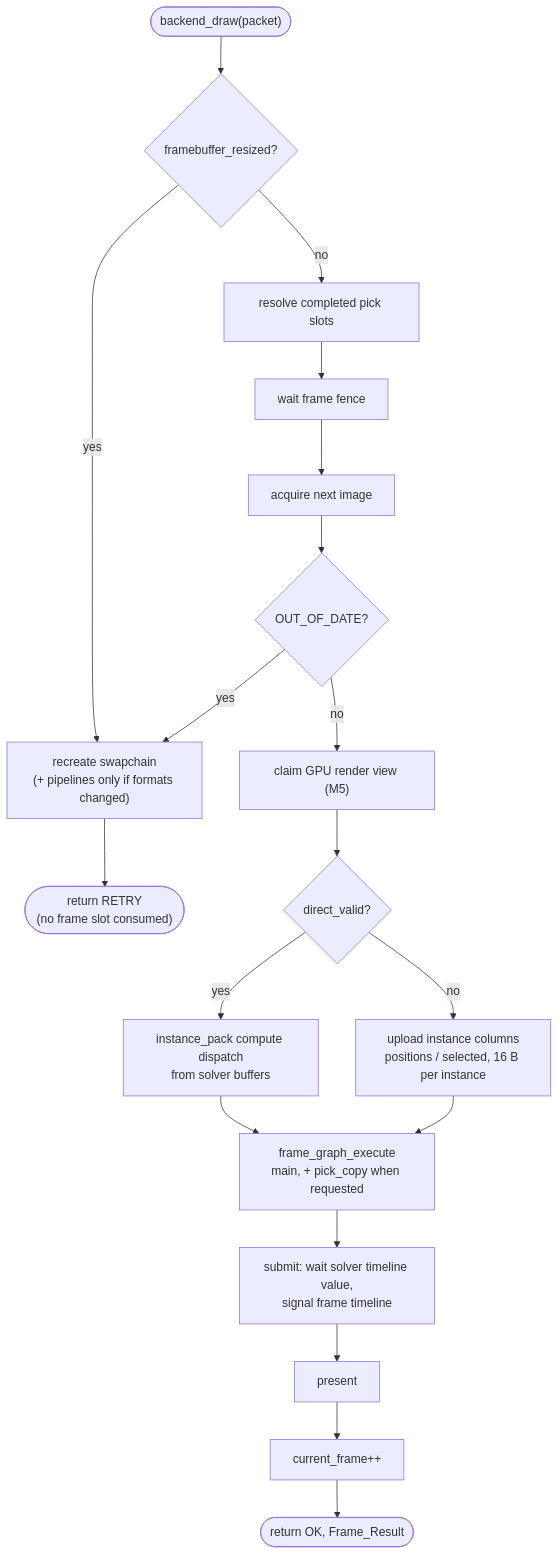
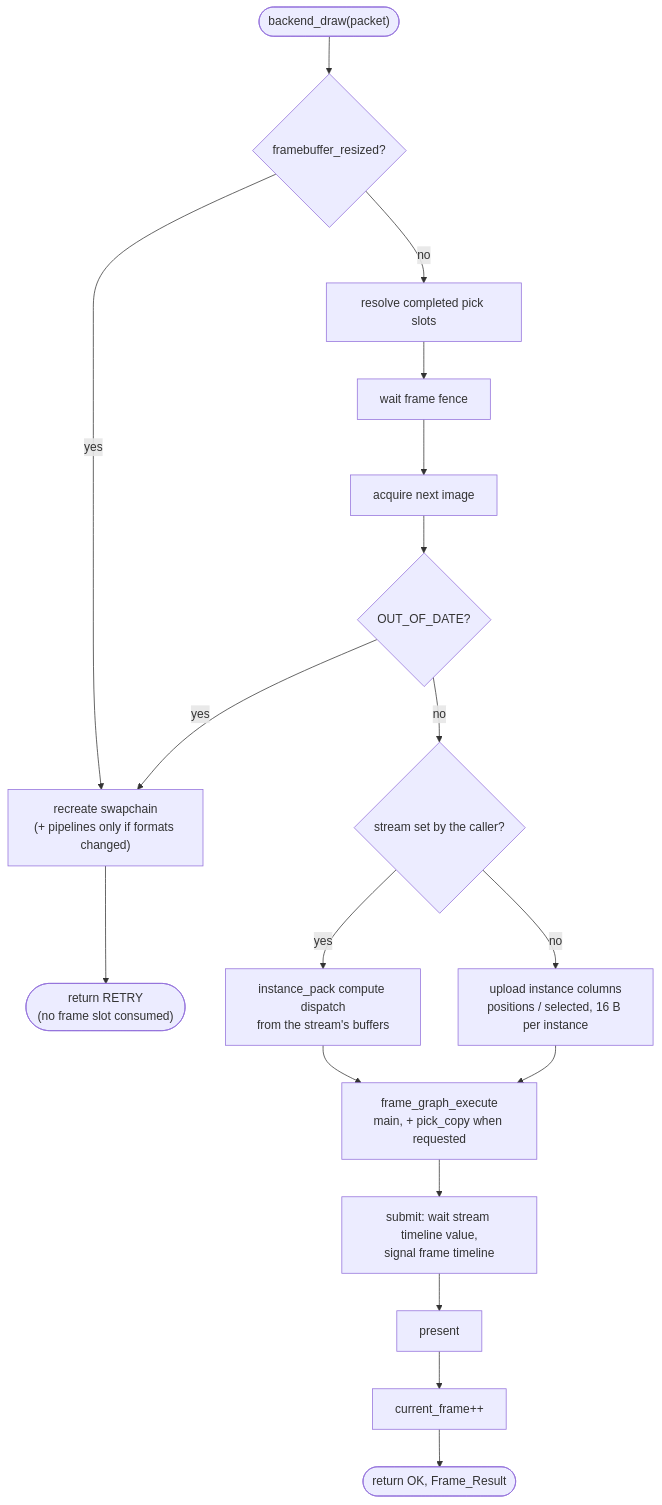
Before and after one commit to TanukiConDos/Gravity-Simulator: the third of 5 diagrams in docs/renderer.md, drawn with Mermaid. The commit also changed other lines of this file and 7 other files, not shown here.

First line of the commit message:
docs: four-package graphics split and the ECS-free backend rule

````diff
--- a/docs/renderer.md
+++ b/docs/renderer.md
@@ -234,21 +277,20 @@
 ```mermaid
 flowchart TD
     draw(["backend_draw(packet)"]) --> resize{"framebuffer_resized?"}
     resize -->|"yes"| recreate["recreate swapchain<br/>(+ pipelines only if formats changed)"]
     recreate --> retry(["return RETRY<br/>(no frame slot consumed)"])
     resize -->|"no"| ready["resolve completed pick slots"]
     ready --> wait["wait frame fence"] --> acquire["acquire next image"]
     acquire --> outofdate{"OUT_OF_DATE?"}
     outofdate -->|"yes"| recreate
-    outofdate -->|"no"| claim["claim GPU render view (M5)"]
+    outofdate -->|"no"| direct{"stream set by the caller?"}
 
-    claim --> direct{"direct_valid?"}
-    direct -->|"yes"| pack["instance_pack compute dispatch<br/>from solver buffers"]
+    direct -->|"yes"| pack["instance_pack compute dispatch<br/>from the stream's buffers"]
     direct -->|"no"| upload["upload instance columns<br/>positions / selected, 16 B per instance"]
     pack --> fg
     upload --> fg["frame_graph_execute<br/>main, + pick_copy when requested"]
-    fg --> submit["submit: wait solver timeline value,<br/>signal frame timeline"]
+    fg --> submit["submit: wait stream timeline value,<br/>signal frame timeline"]
     submit --> present["present"]
     present --> next["current_frame++"]
     next --> result(["return OK, Frame_Result"])
 ```
````
